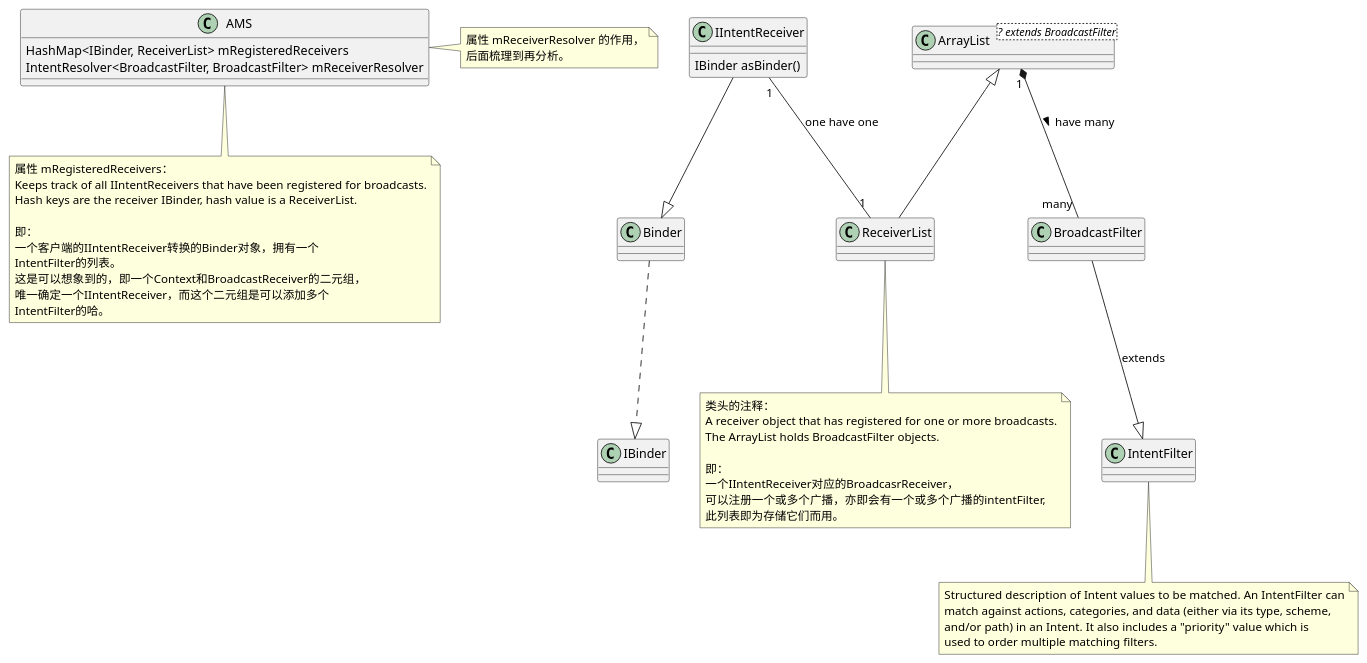
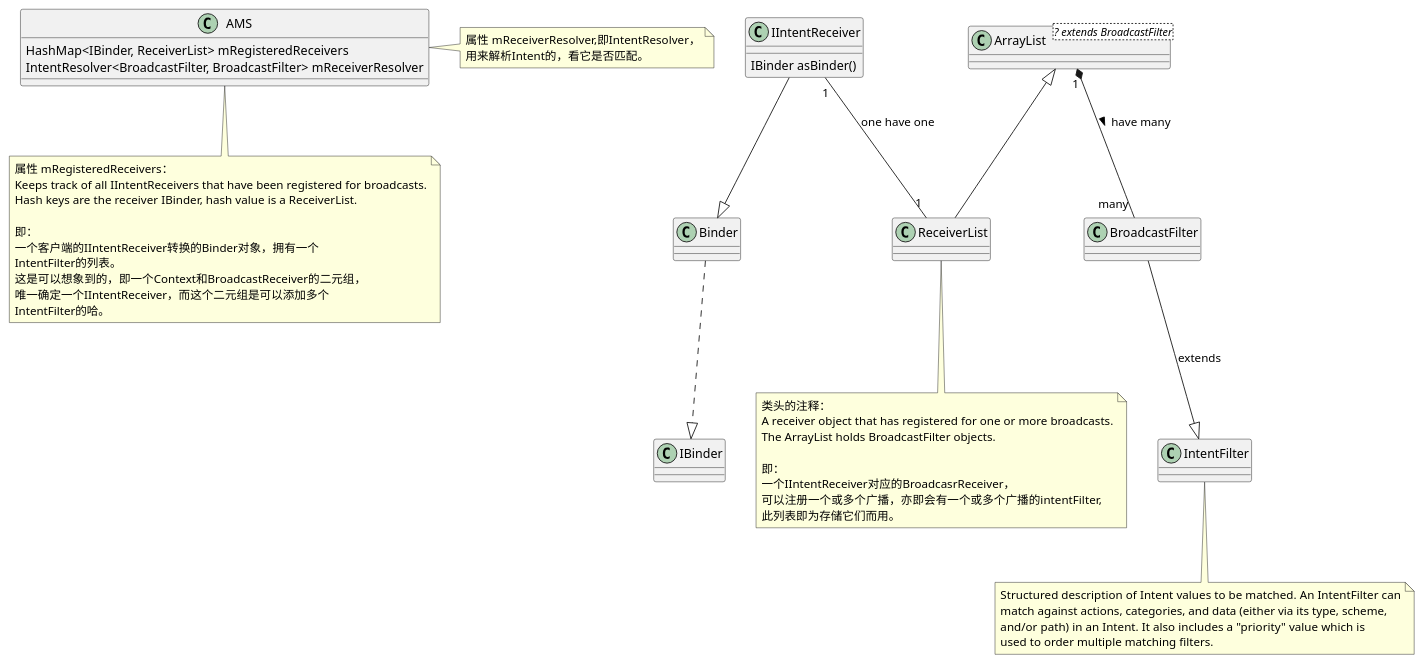
One commit to KentTJ/ImoocRxJavaStudy changed the diagram in Android_framework_sequences/广播_动态广播_03_注册_AMS端_register方法的形象显示.puml. Above: the diagram before and after it, drawn with PlantUML.

Commit message:
广播的注册流程。

```diff
--- a/Android_framework_sequences/广播_动态广播_03_注册_AMS端_register方法的形象显示.puml
+++ b/Android_framework_sequences/广播_动态广播_03_注册_AMS端_register方法的形象显示.puml
@@ -1,79 +1,79 @@
 @startuml
 
 '添加进去的主要代码：
  '1.ReceiverList rl = mRegisteredReceivers.get(receiver.asBinder());
  'ReceiverList类的定义如下,
  '"final class ReceiverList extends ArrayList<BroadcastFilter>"
  '里面的数据类型BroadcastFilter，定义如下，
  '"final class BroadcastFilter extends IntentFilter",
  '即BroadcastFilter 就是 IntentFilter。
  '
  'mRegisteredReceivers
  'key为 IIntentReceiver对应的Binder，
  'value为 对应的ReceiverList。
  '
  '2.rl.app.receivers.add(rl);
  '
  '3.mRegisteredReceivers.put(receiver.asBinder(), rl);
  '
  '4.BroadcastFilter bf = new BroadcastFilter(filter, rl, callerPackage,
  '                      permission, callingUid, userId, instantApp, visibleToInstantApps);
  '5.mReceiverResolver.addFilter(bf);'
 
 class AMS{
 {field} HashMap<IBinder, ReceiverList> mRegisteredReceivers
 {field} IntentResolver<BroadcastFilter, BroadcastFilter> mReceiverResolver
 }
 note right of AMS
-属性 mReceiverResolver 的作用，
-后面梳理到再分析。
+属性 mReceiverResolver,即IntentResolver，
+用来解析Intent的，看它是否匹配。
 end note
 
 note bottom of AMS
 属性 mRegisteredReceivers：
 Keeps track of all IIntentReceivers that have been registered for broadcasts.
 Hash keys are the receiver IBinder, hash value is a ReceiverList.
 
 即：
 一个客户端的IIntentReceiver转换的Binder对象，拥有一个
 IntentFilter的列表。
 这是可以想象到的，即一个Context和BroadcastReceiver的二元组，
 唯一确定一个IIntentReceiver，而这个二元组是可以添加多个
 IntentFilter的哈。
 end note
 
 IIntentReceiver "1" -- "1" ReceiverList : one have one
 note bottom of ReceiverList
 类头的注释：
 A receiver object that has registered for one or more broadcasts.
 The ArrayList holds BroadcastFilter objects.
 
 即：
 一个IIntentReceiver对应的BroadcasrReceiver，
 可以注册一个或多个广播，亦即会有一个或多个广播的intentFilter,
 此列表即为存储它们而用。
 end note
 
 class IIntentReceiver{
    IBinder asBinder()
 }
 IIntentReceiver --|> Binder
 Binder ..|> IBinder
 
 ArrayList <|-- ReceiverList
 
 class ArrayList<? extends BroadcastFilter>{
 }
 
 ArrayList "1" *-- "many" BroadcastFilter : have many >
 
 BroadcastFilter --|> IntentFilter : extends
 
 note bottom of IntentFilter
 Structured description of Intent values to be matched.  An IntentFilter can
 match against actions, categories, and data (either via its type, scheme,
 and/or path) in an Intent.  It also includes a "priority" value which is
 used to order multiple matching filters.
 end note
 
 @enduml
```
